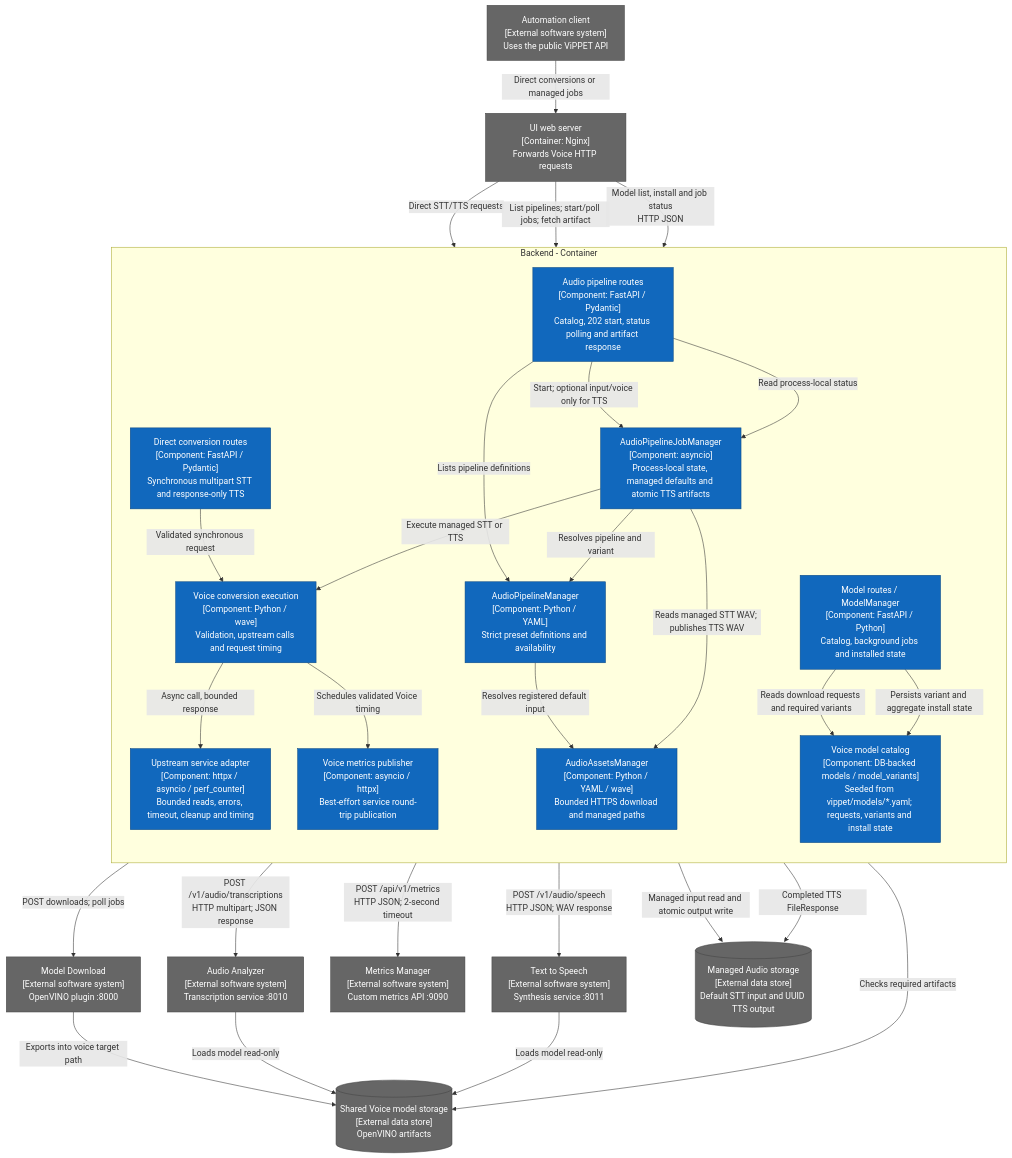
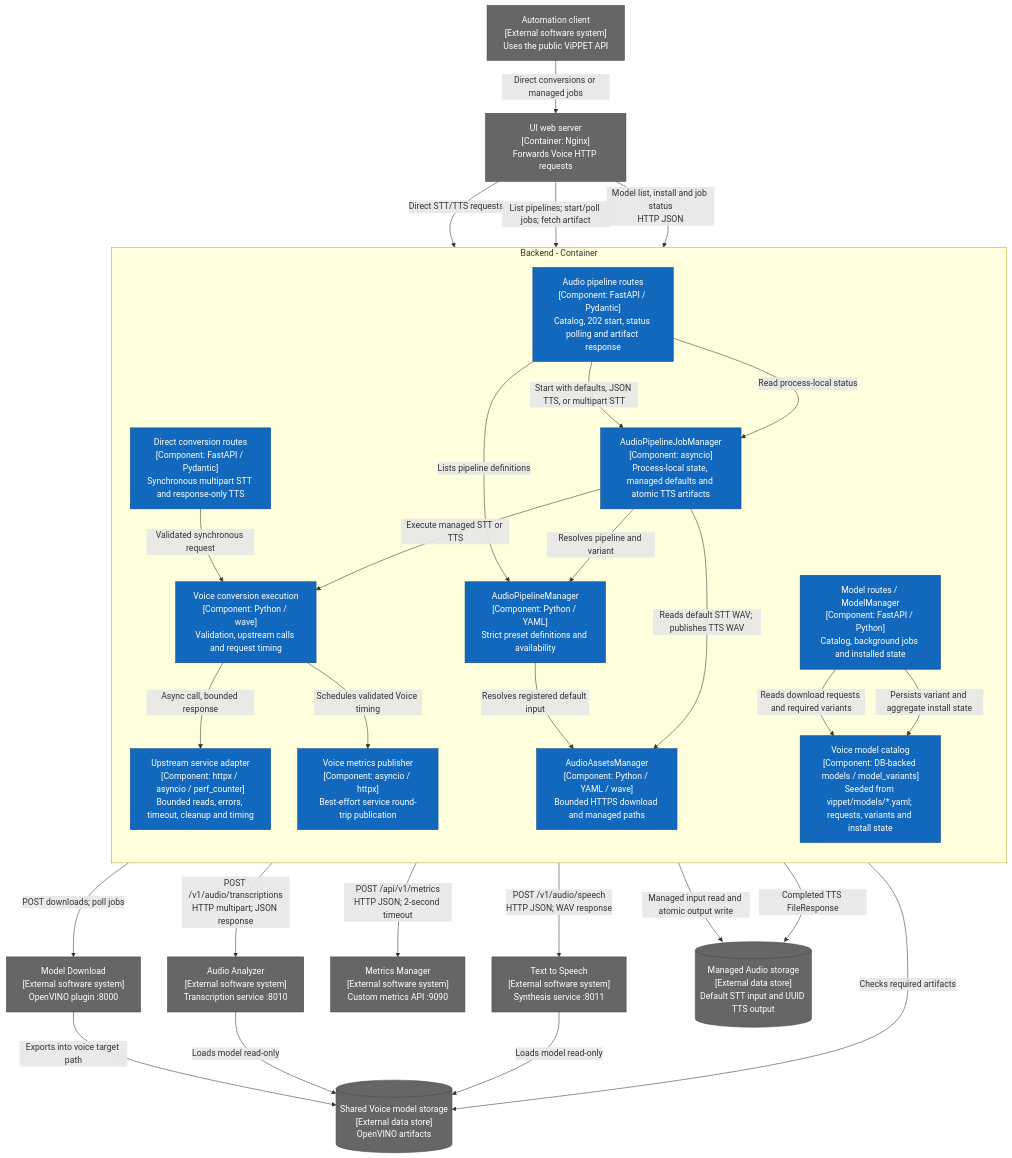
The fourth of 11 diagrams in tools/visual-pipeline-and-platform-evaluation-tool/docs/user-guide/developer-guide/voice-architecture.md (open-edge-platform/edge-ai-libraries), drawn with Mermaid before and after one commit. The commit also changed other lines of this file and 11 other files, not shown here.

````diff
--- a/tools/visual-pipeline-and-platform-evaluation-tool/docs/user-guide/developer-guide/voice-architecture.md
+++ b/tools/visual-pipeline-and-platform-evaluation-tool/docs/user-guide/developer-guide/voice-architecture.md
@@ -192,52 +195,52 @@
 ```mermaid
 flowchart TB
   web["UI web server<br/>[Container: Nginx]<br/>Forwards Voice HTTP requests"]:::external
   automation["Automation client<br/>[External software system]<br/>Uses the public ViPPET API"]:::external
   subgraph api[Backend - Container]
     direction TB
     direct["Direct conversion routes<br/>[Component: FastAPI / Pydantic]<br/>Synchronous multipart STT and response-only TTS"]:::internal
     jobroutes["Audio pipeline routes<br/>[Component: FastAPI / Pydantic]<br/>Catalog, 202 start, status polling and artifact response"]:::internal
     conversion["Voice conversion execution<br/>[Component: Python / wave]<br/>Validation, upstream calls and request timing"]:::internal
     adapter["Upstream service adapter<br/>[Component: httpx / asyncio / perf_counter]<br/>Bounded reads, errors, timeout, cleanup and timing"]:::internal
     publisher["Voice metrics publisher<br/>[Component: asyncio / httpx]<br/>Best-effort service round-trip publication"]:::internal
     assets["AudioAssetsManager<br/>[Component: Python / YAML / wave]<br/>Bounded HTTPS download and managed paths"]:::internal
     audiocatalog["AudioPipelineManager<br/>[Component: Python / YAML]<br/>Strict preset definitions and availability"]:::internal
     audiojobs["AudioPipelineJobManager<br/>[Component: asyncio]<br/>Process-local state, managed defaults and atomic TTS artifacts"]:::internal
     modelapi["Model routes / ModelManager<br/>[Component: FastAPI / Python]<br/>Catalog, background jobs and installed state"]:::internal
     catalog["Voice model catalog<br/>[Component: DB-backed models / model_variants]<br/>Seeded from vippet/models/*.yaml; requests, variants and install state"]:::internal
     direct -->|Validated synchronous request| conversion
-    jobroutes -->|"Start; optional input/voice only for TTS"| audiojobs
+    jobroutes -->|"Start with defaults, JSON TTS, or multipart STT"| audiojobs
     jobroutes -->|Read process-local status| audiojobs
     audiojobs -->|Execute managed STT or TTS| conversion
     conversion -->|Async call, bounded response| adapter
     conversion -->|Schedules validated Voice timing| publisher
     audiocatalog -->|Resolves registered default input| assets
     jobroutes -->|Lists pipeline definitions| audiocatalog
     audiojobs -->|Resolves pipeline and variant| audiocatalog
-    audiojobs -->|Reads managed STT WAV; publishes TTS WAV| assets
+    audiojobs -->|Reads default STT WAV; publishes TTS WAV| assets
     modelapi -->|Reads download requests and required variants| catalog
     modelapi -->|Persists variant and aggregate install state| catalog
   end
   asr["Audio Analyzer<br/>[External software system]<br/>Transcription service :8010"]:::external
   tts["Text to Speech<br/>[External software system]<br/>Synthesis service :8011"]:::external
   telemetry["Metrics Manager<br/>[External software system]<br/>Custom metrics API :9090"]:::external
   downloader["Model Download<br/>[External software system]<br/>OpenVINO plugin :8000"]:::external
   modelstore[("Shared Voice model storage<br/>[External data store]<br/>OpenVINO artifacts")]:::external
   audiostore[("Managed Audio storage<br/>[External data store]<br/>Default STT input and UUID TTS output")]:::external
   web -->|"Direct STT/TTS requests"| direct
   web -->|"List pipelines; start/poll jobs; fetch artifact"| jobroutes
   automation -->|"Direct conversions or managed jobs"| web
   web -->|"Model list, install and job status<br/>HTTP JSON"| modelapi
   adapter -->|"POST /v1/audio/transcriptions<br/>HTTP multipart; JSON response"| asr
   adapter -->|"POST /v1/audio/speech<br/>HTTP JSON; WAV response"| tts
   publisher -->|"POST /api/v1/metrics<br/>HTTP JSON; 2-second timeout"| telemetry
   assets -->|"Managed input read and atomic output write"| audiostore
   jobroutes -->|"Completed TTS FileResponse"| audiostore
   modelapi -->|"POST downloads; poll jobs"| downloader
   modelapi -->|"Checks required artifacts"| modelstore
   downloader -->|"Exports into voice target path"| modelstore
   asr -->|"Loads model read-only"| modelstore
   tts -->|"Loads model read-only"| modelstore
   classDef internal fill:#1168bd,color:#fff,stroke:#0b4884
   classDef external fill:#666,color:#fff,stroke:#444
 ```
````
